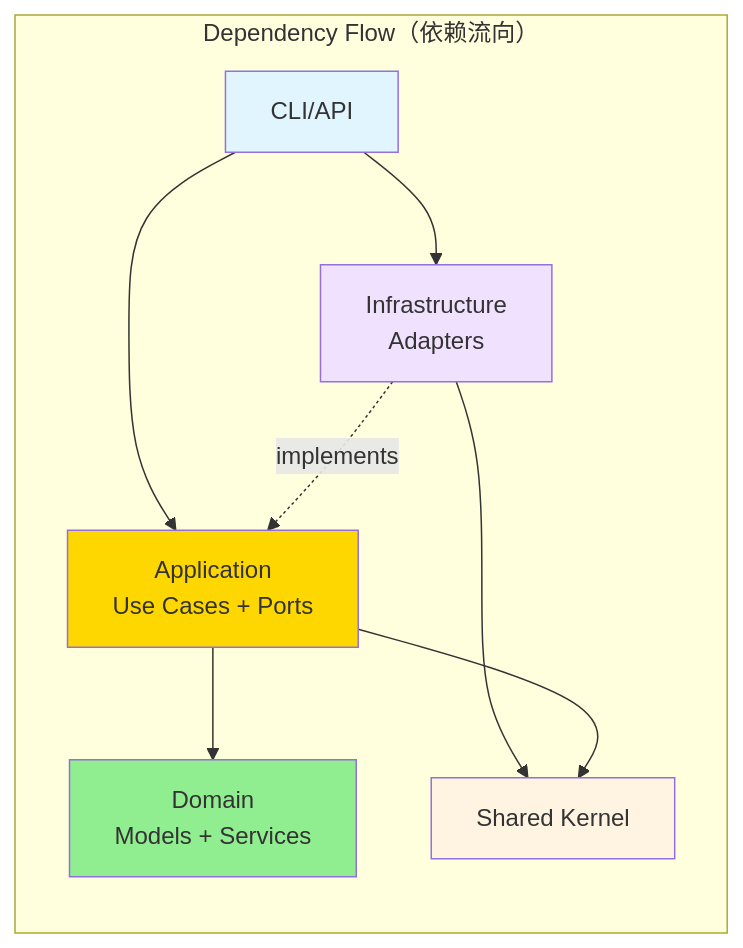
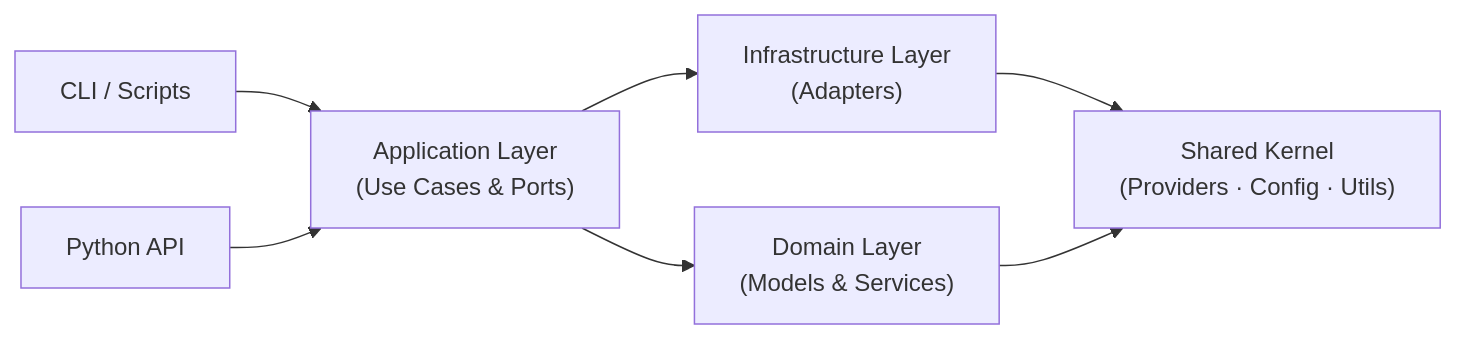
The diagram in README.md (C1M0N/Memosyne), drawn with Mermaid before and after one commit. The commit also changed other lines of this file and 20 other files, not shown here.

````diff
--- a/README.md
+++ b/README.md
@@ -577,23 +400,16 @@
 ```mermaid
-graph LR
-    subgraph "Dependency Flow（依赖流向）"
-        CLI[CLI/API]
-        Infra[Infrastructure<br/>Adapters]
-        App[Application<br/>Use Cases + Ports]
-        Domain[Domain<br/>Models + Services]
-        Shared[Shared Kernel]
-    end
+flowchart LR
+    CLI["CLI / Scripts"]
+    API["Python API"]
+    App["Application Layer<br/>(Use Cases & Ports)"]
+    Infra["Infrastructure Layer<br/>(Adapters)"]
+    Domain["Domain Layer<br/>(Models & Services)"]
+    Shared["Shared Kernel<br/>(Providers · Config · Utils)"]
 
-    CLI --> Infra
     CLI --> App
-    Infra -.implements.-> App
+    API --> App
     App --> Domain
+    App --> Infra
     Infra --> Shared
-    App --> Shared
-
-    style CLI fill:#e1f5ff
-    style Infra fill:#f0e1ff
-    style App fill:#ffd700
-    style Domain fill:#90ee90
-    style Shared fill:#fff4e1
+    Domain --> Shared
 ```
````
